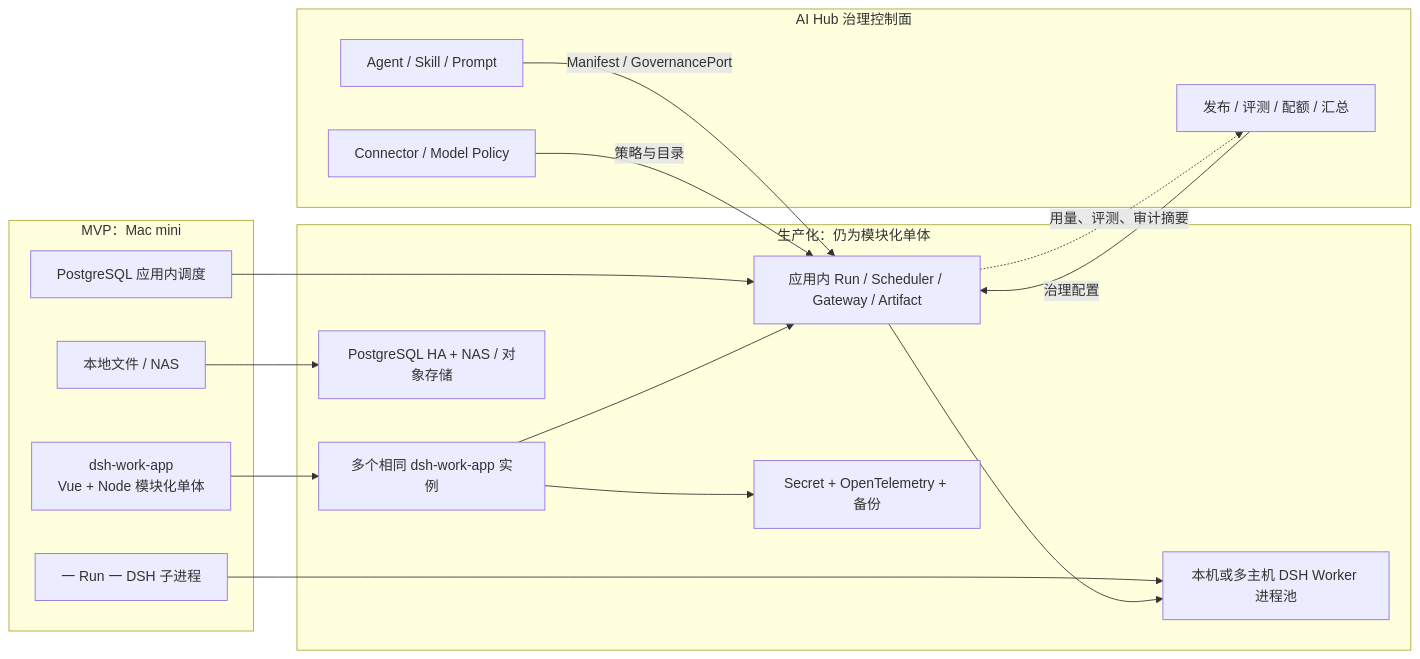
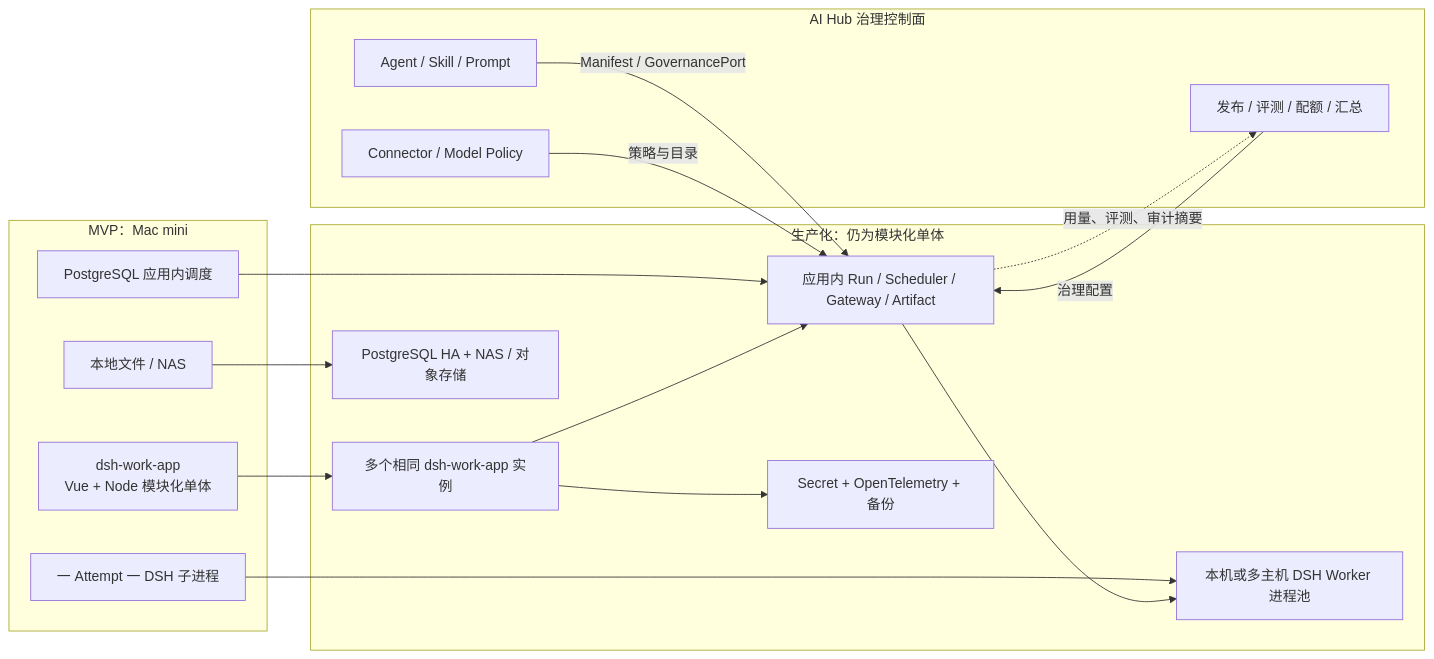
The sixth of 6 diagrams in dsh-work 产品架构方案（简化版）.md (tonycc/dsh-work), drawn with Mermaid before and after one commit. The commit also changed other lines of this file and 18 other files, not shown here.

```diff
--- a/dsh-work 产品架构方案（简化版）.md
+++ b/dsh-work 产品架构方案（简化版）.md
@@ -825,35 +825,35 @@
 ~~~mermaid
 flowchart LR
     subgraph MVP[MVP：Mac mini]
         A1[dsh-work-app<br/>Vue + Node 模块化单体]
         A2[PostgreSQL 应用内调度]
         A3[本地文件 / NAS]
-        A4[一 Run 一 DSH 子进程]
+        A4[一 Attempt 一 DSH 子进程]
     end
 
     subgraph PROD[生产化：仍为模块化单体]
         B1[多个相同 dsh-work-app 实例]
         B2[应用内 Run / Scheduler / Gateway / Artifact]
         B3[PostgreSQL HA + NAS / 对象存储]
         B4[本机或多主机 DSH Worker 进程池]
         B5[Secret + OpenTelemetry + 备份]
     end
 
     subgraph AIH[AI Hub 治理控制面]
         C1[Agent / Skill / Prompt]
         C2[Connector / Model Policy]
         C3[发布 / 评测 / 配额 / 汇总]
     end
 
     A1 --> B1
     A2 --> B2
     A3 --> B3
     A4 --> B4
     B1 --> B2
     B2 --> B4
     B1 --> B5
     C1 -->|Manifest / GovernancePort| B2
     C2 -->|策略与目录| B2
     C3 -->|治理配置| B2
     B2 -. 用量、评测、审计摘要 .-> C3
 ~~~
```
